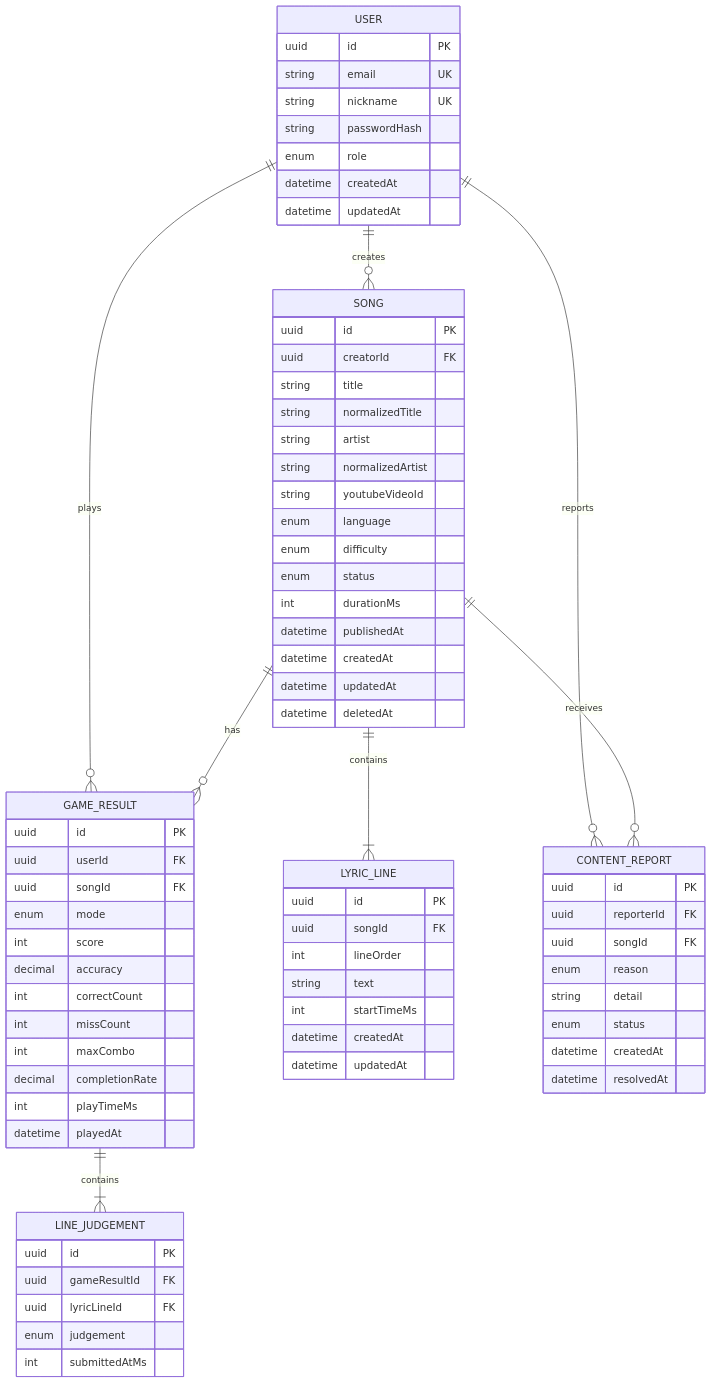
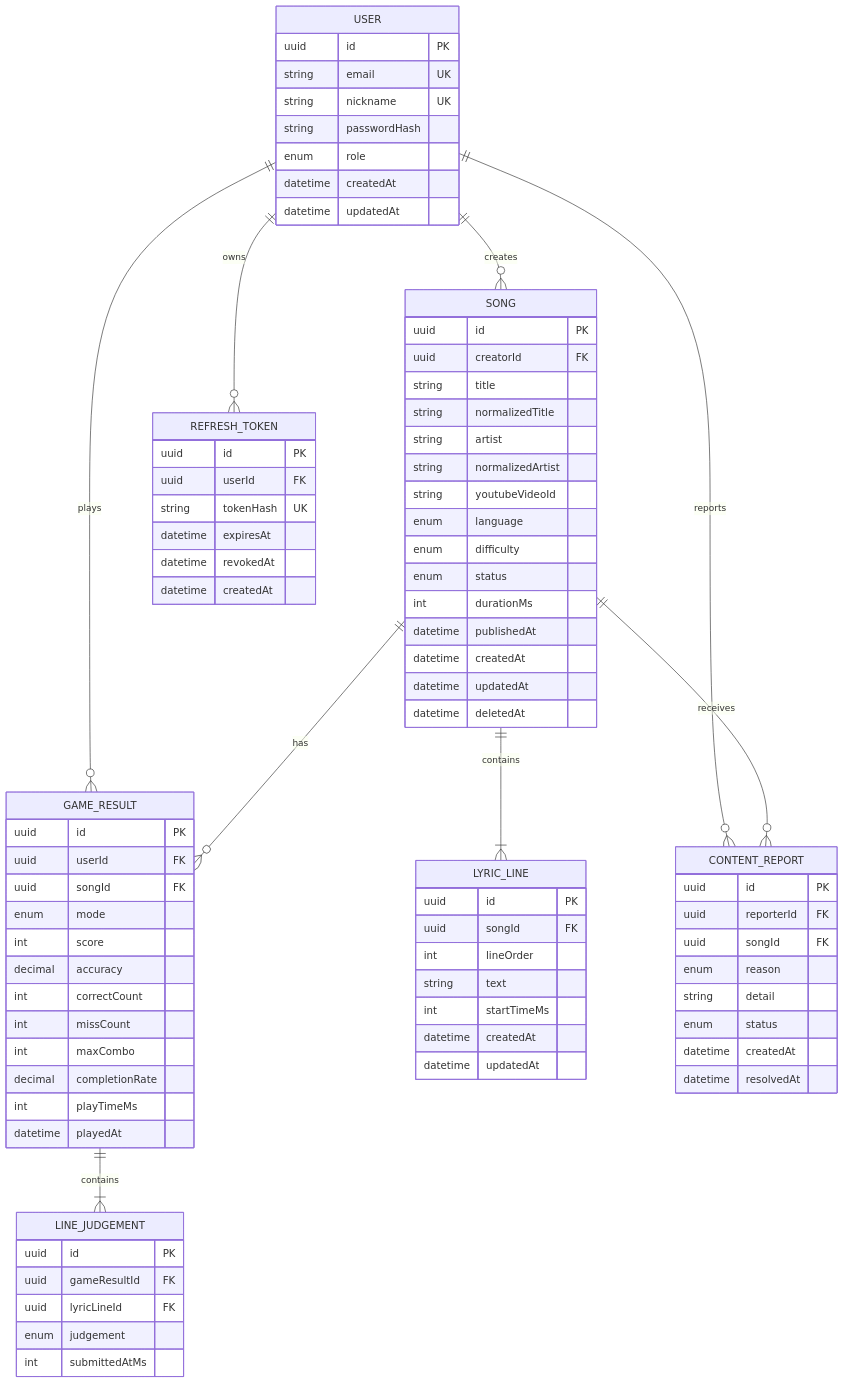
One commit to pbc1001/JumpBeat_BE changed the diagram in ERD.md. Above: the diagram before and after it, drawn with Mermaid. The commit also changed other lines of this file and 25 other files, not shown here.

```diff
--- a/ERD.md
+++ b/ERD.md
@@ -6,6 +6,7 @@
 erDiagram
     USER ||--o{ SONG : creates
     USER ||--o{ GAME_RESULT : plays
+    USER ||--o{ REFRESH_TOKEN : owns
     SONG ||--|{ LYRIC_LINE : contains
     SONG ||--o{ GAME_RESULT : has
     GAME_RESULT ||--|{ LINE_JUDGEMENT : contains
@@ -20,6 +21,15 @@
       enum role
       datetime createdAt
       datetime updatedAt
+    }
+
+    REFRESH_TOKEN {
+      uuid id PK
+      uuid userId FK
+      string tokenHash UK
+      datetime expiresAt
+      datetime revokedAt
+      datetime createdAt
     }
 
     SONG {
```
